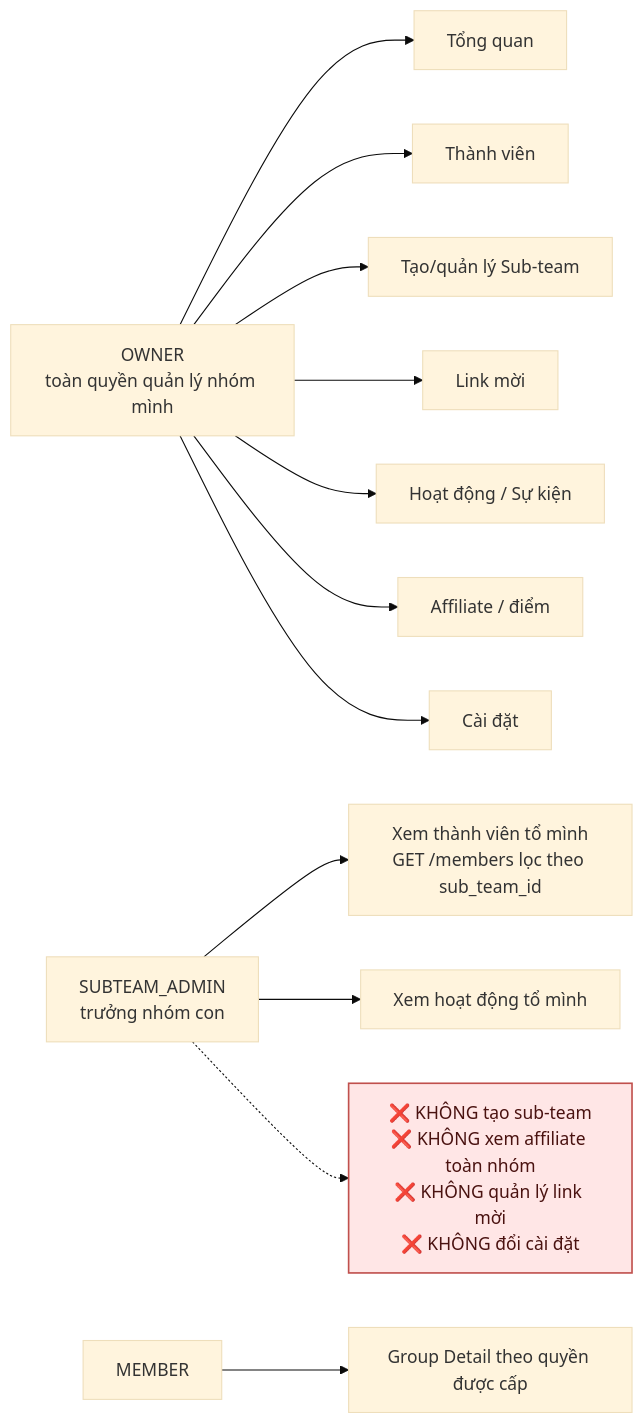
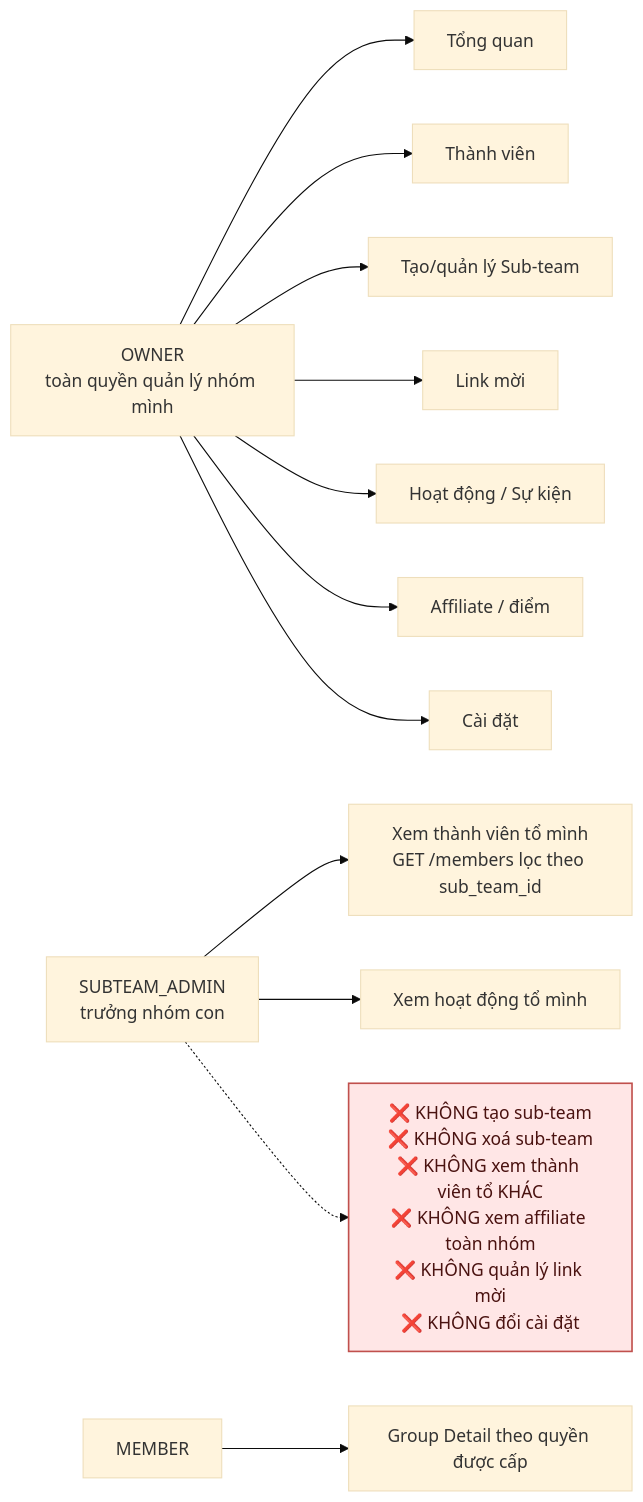
Before and after one commit to fdshn/trueheart: the fourth of 6 diagrams in docs/diagram/18-group.md, drawn with Mermaid (base theme). The commit also changed other lines of this file and 33 other files, not shown here.

````diff
--- a/docs/diagram/18-group.md
+++ b/docs/diagram/18-group.md
@@ -108,18 +111,18 @@
 ```mermaid
 flowchart LR
     O["OWNER<br/>toàn quyền quản lý nhóm mình"] --> G1[Tổng quan]
     O --> G2[Thành viên]
     O --> G3[Tạo/quản lý Sub-team]
     O --> G4[Link mời]
     O --> G5[Hoạt động / Sự kiện]
     O --> G6[Affiliate / điểm]
     O --> G7[Cài đặt]
 
     S["SUBTEAM_ADMIN<br/>trưởng nhóm con"] --> H1["Xem thành viên tổ mình<br/>GET /members lọc theo sub_team_id"]
     S --> H2[Xem hoạt động tổ mình]
-    S -.-> H3["❌ KHÔNG tạo sub-team<br/>❌ KHÔNG xem affiliate toàn nhóm<br/>❌ KHÔNG quản lý link mời<br/>❌ KHÔNG đổi cài đặt"]
+    S -.-> H3["❌ KHÔNG tạo sub-team<br/>❌ KHÔNG xoá sub-team<br/>❌ KHÔNG xem thành viên tổ KHÁC<br/>❌ KHÔNG xem affiliate toàn nhóm<br/>❌ KHÔNG quản lý link mời<br/>❌ KHÔNG đổi cài đặt"]
 
     M["MEMBER"] --> I1[Group Detail theo quyền được cấp]
 
     style H3 fill:#ffe6e6,stroke:#c0504d,stroke-width:1.5px,color:#4a1210
 ```
````
